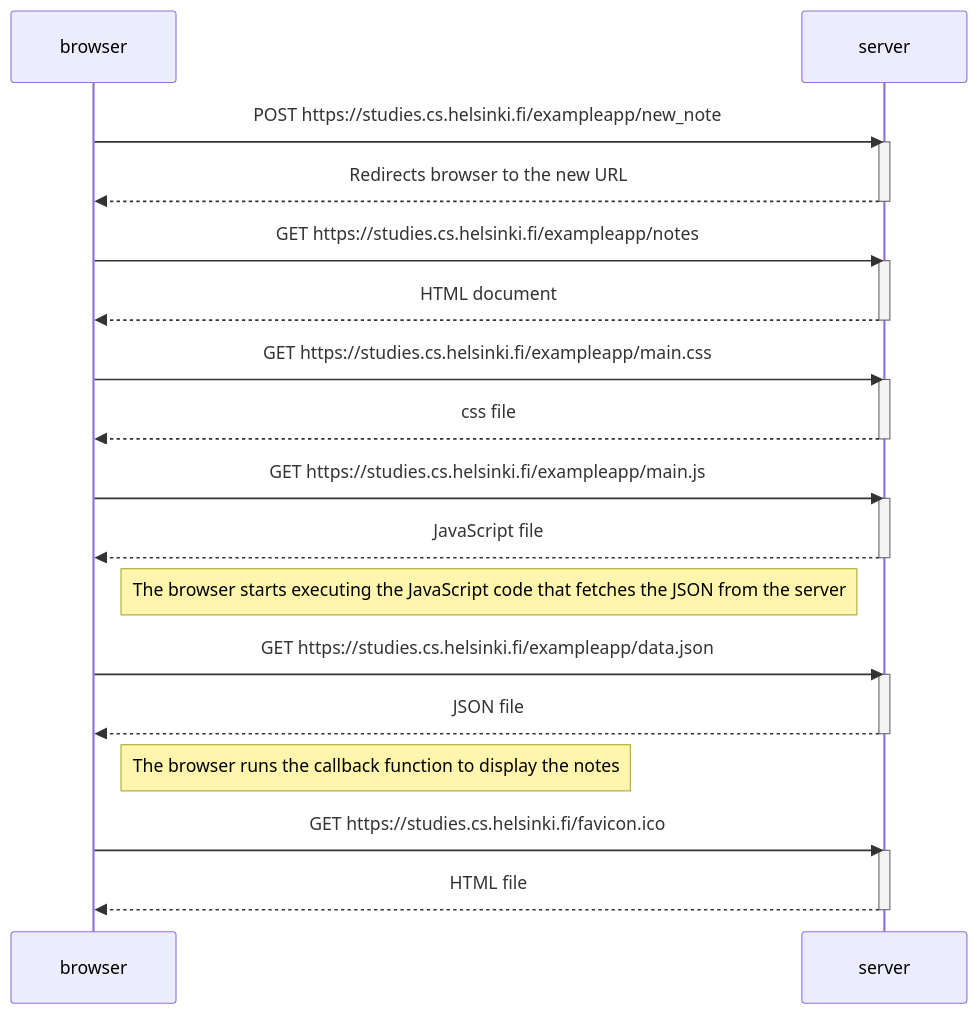
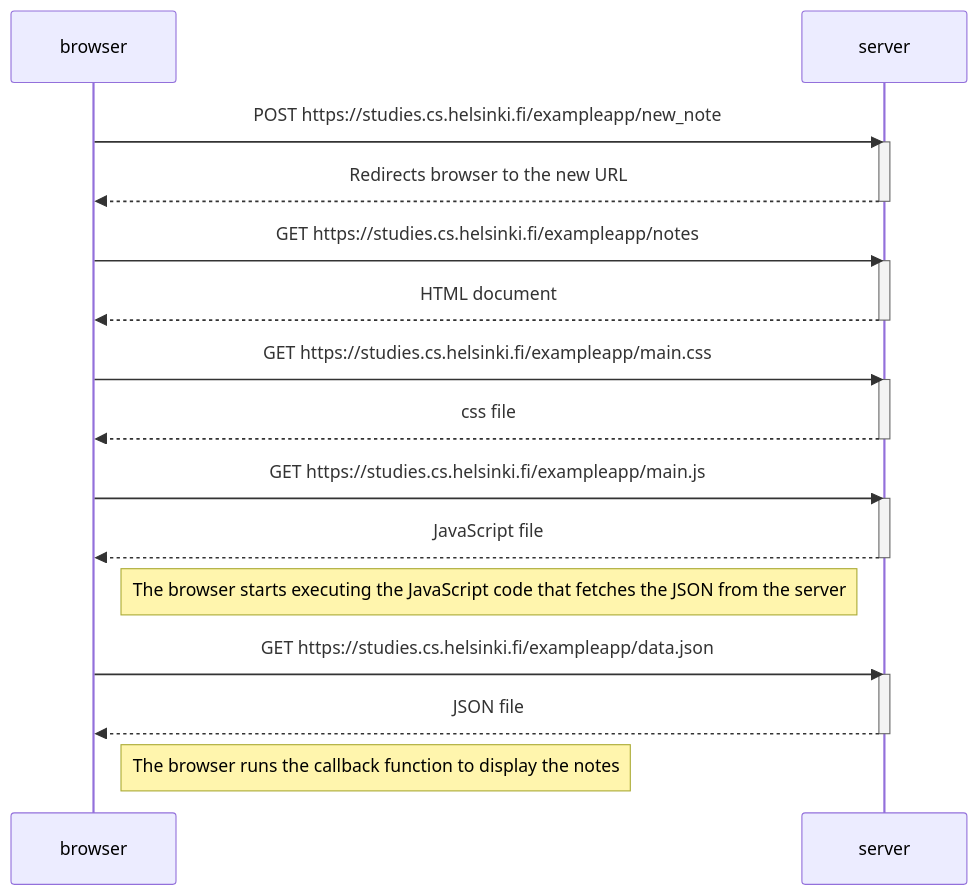
Before and after one commit to quimsans1/part0: the diagram in 0.4_new_diagram_of_note.md, drawn with Mermaid.

````diff
--- a/0.4_new_diagram_of_note.md
+++ b/0.4_new_diagram_of_note.md
@@ -1,39 +1,34 @@
 ```mermaid
 sequenceDiagram
 participant browser
 participant server
 
     browser->>server: POST https://studies.cs.helsinki.fi/exampleapp/new_note
     activate server
     server-->>browser: Redirects browser to the new URL
     deactivate server
 
     browser->>server: GET https://studies.cs.helsinki.fi/exampleapp/notes
     activate server
     server-->>browser: HTML document
     deactivate server
 
     browser->>server: GET https://studies.cs.helsinki.fi/exampleapp/main.css
     activate server
     server-->>browser: css file
     deactivate server
 
     browser->>server: GET https://studies.cs.helsinki.fi/exampleapp/main.js
     activate server
     server-->>browser: JavaScript file
     deactivate server
 
     Note right of browser: The browser starts executing the JavaScript code that fetches the JSON from the server
 
     browser->>server: GET https://studies.cs.helsinki.fi/exampleapp/data.json
     activate server
     server-->>browser: JSON file
     deactivate server
 
     Note right of browser: The browser runs the callback function to display the notes
-
-    browser->>server: GET https://studies.cs.helsinki.fi/favicon.ico
-    activate server
-    server-->>browser: HTML file
-    deactivate server
 ```
````
